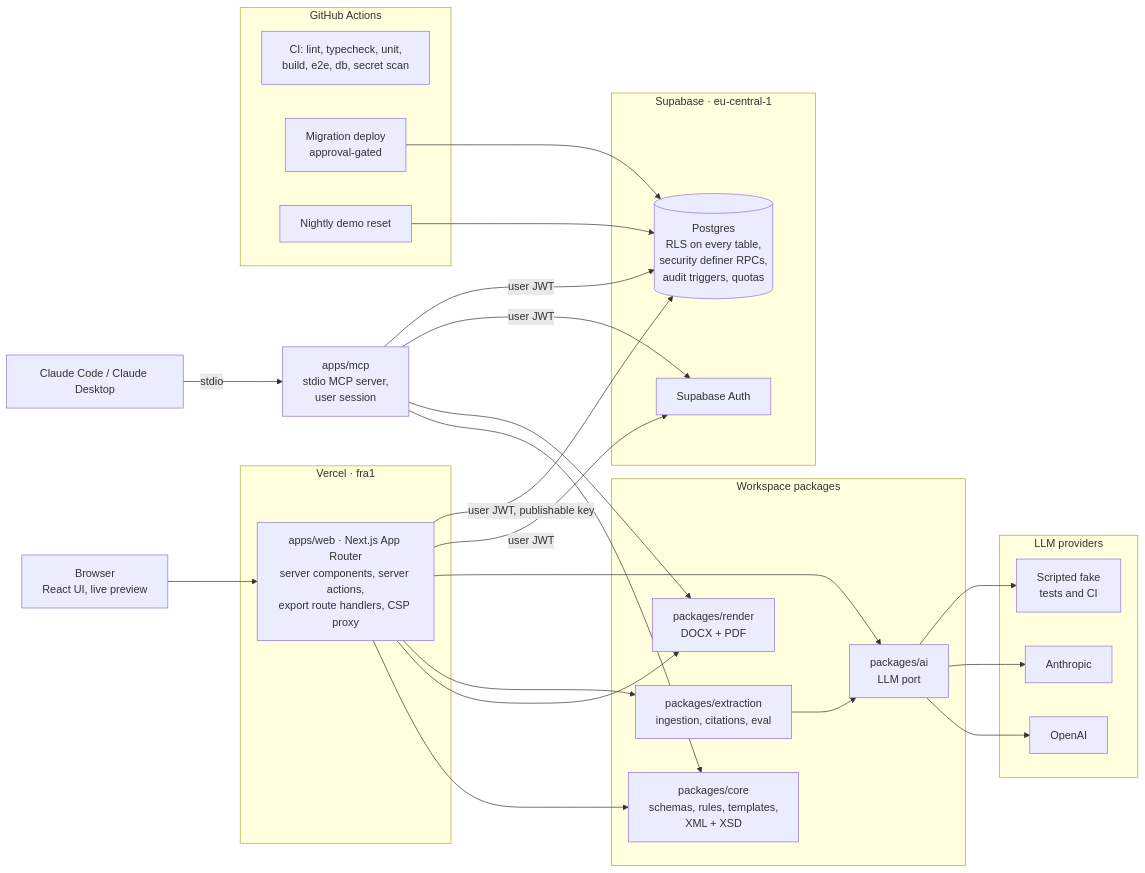
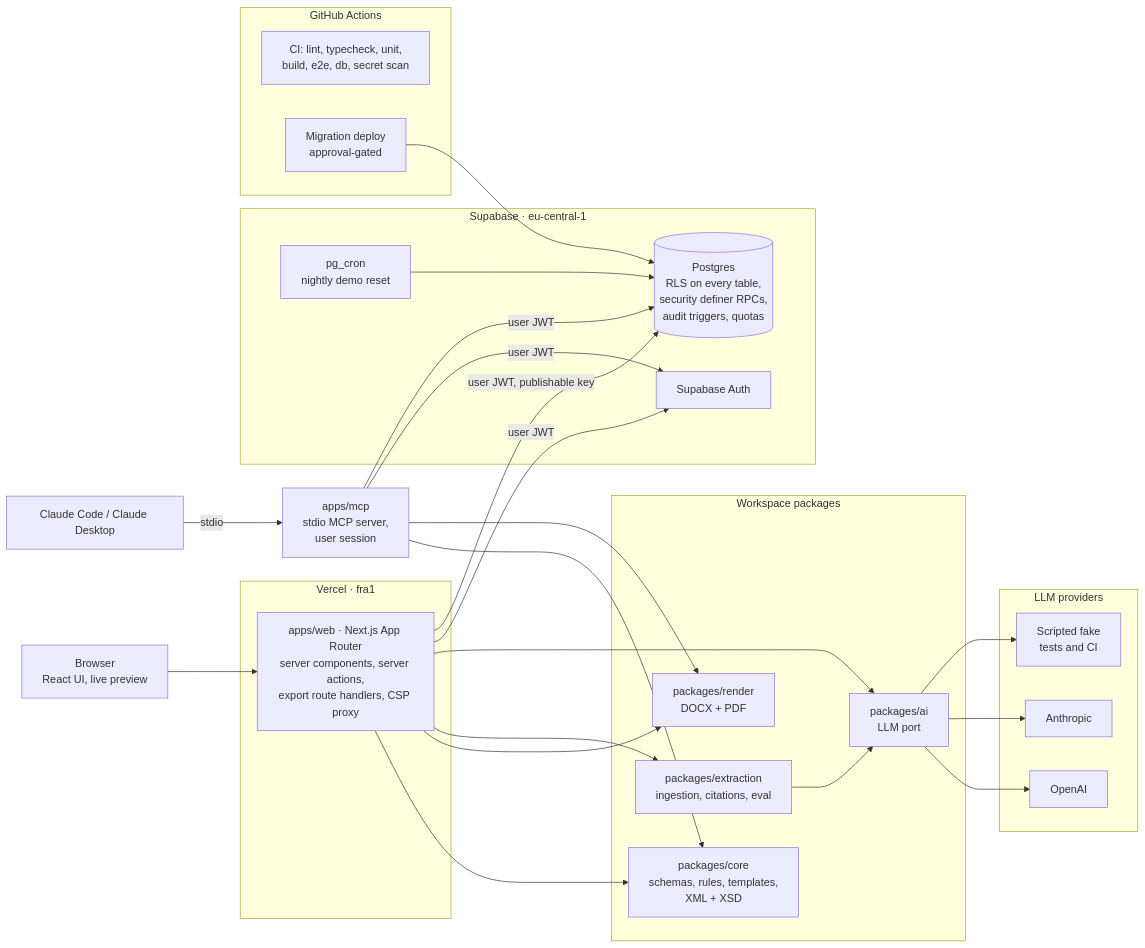
Before and after one commit to Timerk/urkundenwerk: the first of 2 diagrams in README.md, drawn with Mermaid. The commit also changed other lines of this file and 16 other files, not shown here.

First line of the commit message:
feat: reset the hosted demo with pg_cron and add a sandbox admin (#38)

````diff
--- a/README.md
+++ b/README.md
@@ -68,48 +69,48 @@
 ```mermaid
 flowchart LR
   browser["Browser<br/>React UI, live preview"]
   agent["Claude Code / Claude Desktop"]
 
   subgraph vercel["Vercel · fra1"]
     web["apps/web · Next.js App Router<br/>server components, server actions,<br/>export route handlers, CSP proxy"]
   end
 
   subgraph packages["Workspace packages"]
     core["packages/core<br/>schemas, rules, templates,<br/>XML + XSD"]
     render["packages/render<br/>DOCX + PDF"]
     extraction["packages/extraction<br/>ingestion, citations, eval"]
     ai["packages/ai<br/>LLM port"]
   end
 
   subgraph supabase["Supabase · eu-central-1"]
     auth["Supabase Auth"]
     db[("Postgres<br/>RLS on every table,<br/>security definer RPCs,<br/>audit triggers, quotas")]
+    reset["pg_cron<br/>nightly demo reset"]
   end
 
   subgraph llm["LLM providers"]
     openai["OpenAI"]
     anthropic["Anthropic"]
     fake["Scripted fake<br/>tests and CI"]
   end
 
   mcp["apps/mcp<br/>stdio MCP server,<br/>user session"]
 
   subgraph gha["GitHub Actions"]
     ci["CI: lint, typecheck, unit,<br/>build, e2e, db, secret scan"]
     deploy["Migration deploy<br/>approval-gated"]
-    reset["Nightly demo reset"]
   end
 
   browser --> web
   web --> core & render & extraction & ai
   extraction --> ai
   ai --> openai & anthropic & fake
   web -- "user JWT" --> auth
   web -- "user JWT, publishable key" --> db
   agent -- stdio --> mcp
   mcp --> core & render
   mcp -- "user JWT" --> auth
   mcp -- "user JWT" --> db
   deploy --> db
   reset --> db
 ```
````
